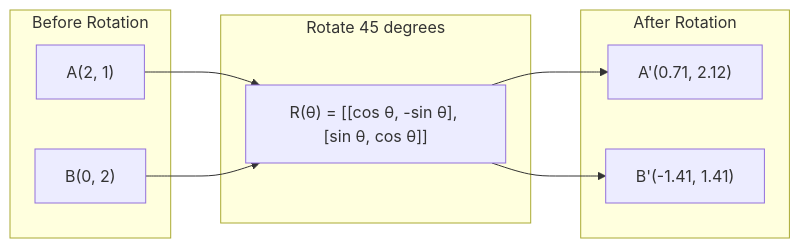
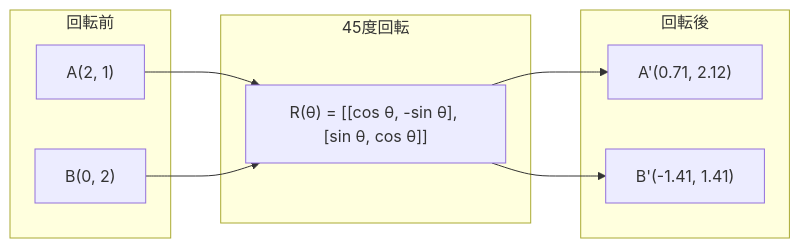
The second of 7 diagrams in phases/01-math-foundations/03-matrix-transformations/docs/en.md (rohitg00/ai-engineering-from-scratch), drawn with Mermaid before and after one commit. The commit also changed other lines of this file and 1935 other files, not shown here.

````diff
--- a/phases/01-math-foundations/03-matrix-transformations/docs/en.md
+++ b/phases/01-math-foundations/03-matrix-transformations/docs/en.md
@@ -50,16 +50,16 @@
 ```mermaid
 graph LR
-    subgraph Before["Before Rotation"]
+    subgraph Before["回転前"]
         A["A(2, 1)"]
         B["B(0, 2)"]
     end
-    subgraph Rot["Rotate 45 degrees"]
+    subgraph Rot["45度回転"]
         R["R(θ) = [[cos θ, -sin θ], [sin θ, cos θ]]"]
     end
-    subgraph After["After Rotation"]
+    subgraph After["回転後"]
         Ap["A'(0.71, 2.12)"]
         Bp["B'(-1.41, 1.41)"]
     end
     A --> R --> Ap
     B --> R --> Bp
 ```
````
